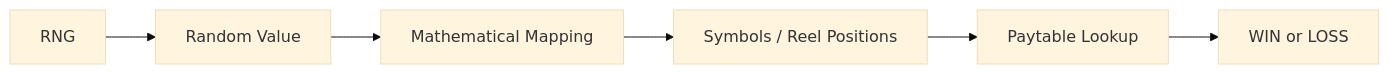
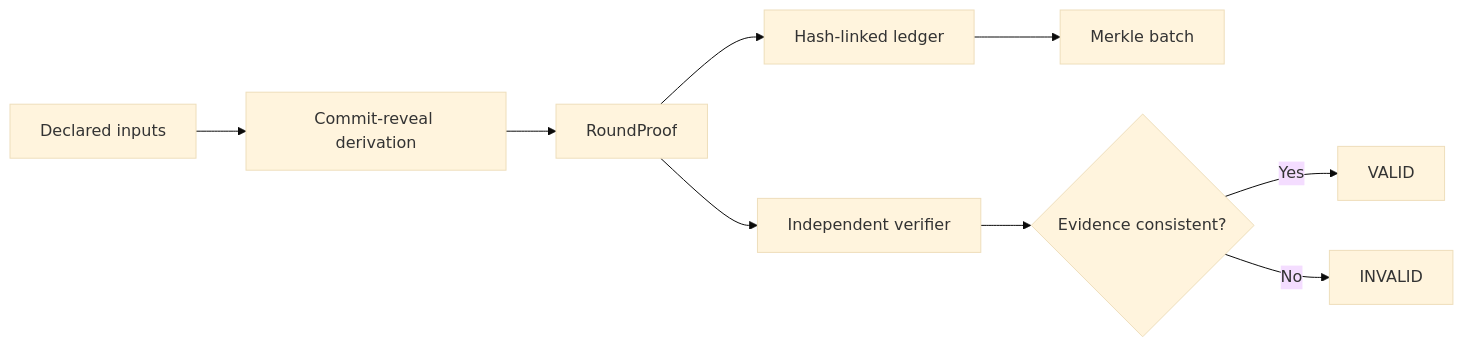
One commit to Ciprian-LocalPulse/CIGP-Protocol changed the first of 6 diagrams in README.md. Above: the diagram before and after it, drawn with Mermaid (base theme). The commit also changed other lines of this file and 9 other files, not shown here.

````diff
--- a/README.md
+++ b/README.md
@@ -63,8 +24,11 @@
 ```mermaid
 flowchart LR
-    A[RNG] --> B[Random Value]
-    B --> C[Mathematical Mapping]
-    C --> D[Symbols / Reel Positions]
-    D --> E[Paytable Lookup]
-    E --> F[WIN or LOSS]
+    A[Declared inputs] --> B[Commit-reveal derivation]
+    B --> C[RoundProof]
+    C --> D[Hash-linked ledger]
+    D --> E[Merkle batch]
+    C --> F[Independent verifier]
+    F --> G{Evidence consistent?}
+    G -->|Yes| H[VALID]
+    G -->|No| I[INVALID]
 ```
````
